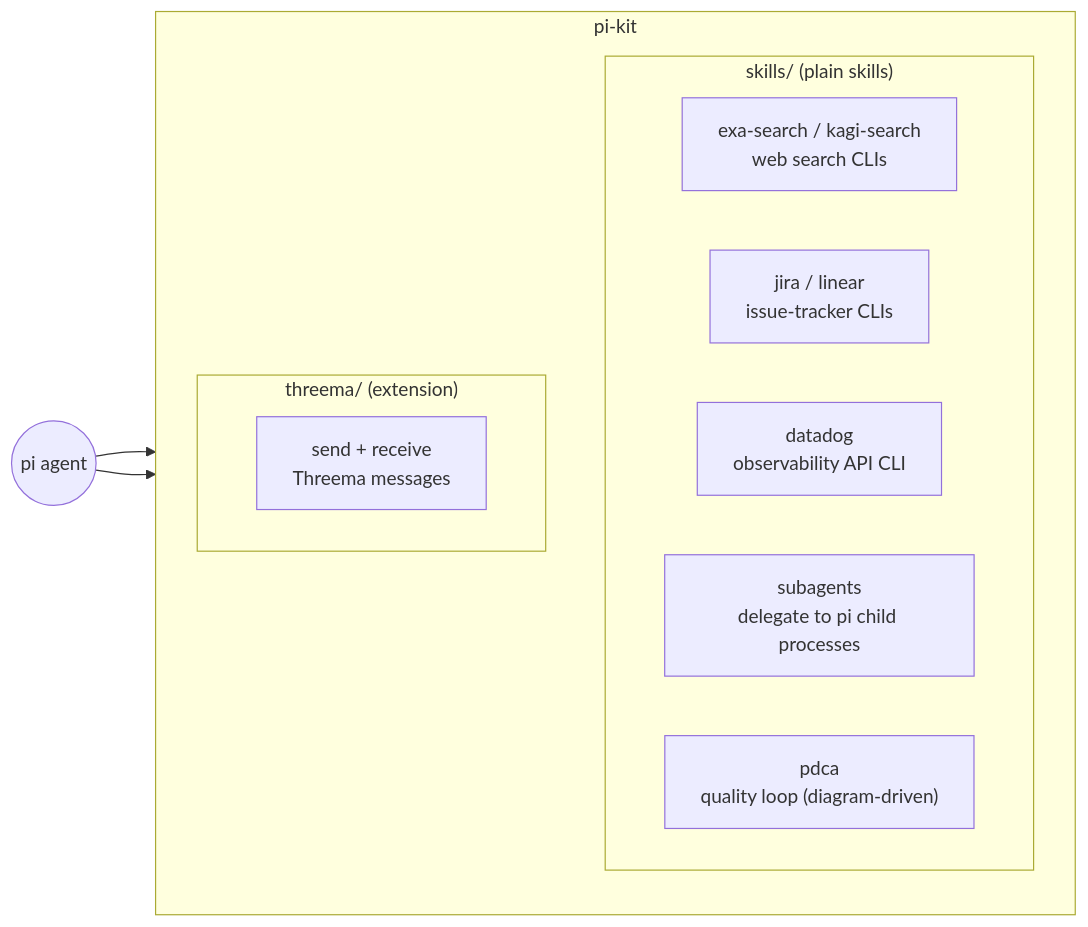
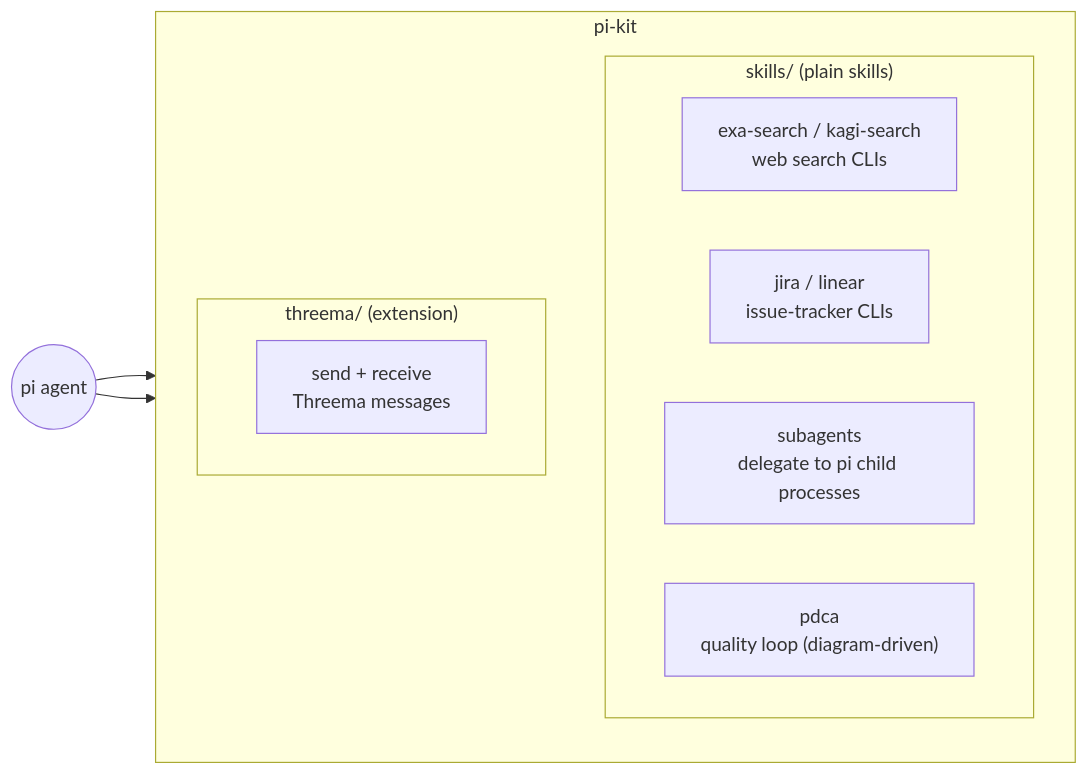
One commit to ulvestuen/pi-kit changed the first of 3 diagrams in ROADMAP.md. Above: the diagram before and after it, drawn with Mermaid. The commit also changed 7 other files, not shown here.

````diff
--- a/ROADMAP.md
+++ b/ROADMAP.md
@@ -15,18 +15,17 @@
 ```mermaid
 flowchart LR
     subgraph pikit["pi-kit"]
         direction TB
         subgraph skills["skills/ (plain skills)"]
             search["exa-search / kagi-search<br/>web search CLIs"]
             trackers["jira / linear<br/>issue-tracker CLIs"]
-            observability["datadog<br/>observability API CLI"]
             subagents["subagents<br/>delegate to pi child processes"]
             pdca["pdca<br/>quality loop (diagram-driven)"]
         end
         subgraph ext["threema/ (extension)"]
             threema["send + receive<br/>Threema messages"]
         end
     end
     pi(("pi agent")) --> skills
     pi --> ext
 ```
````
